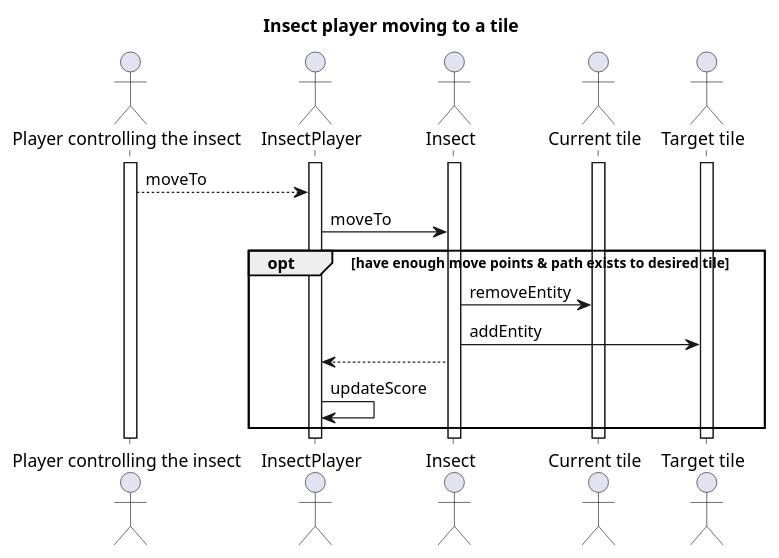
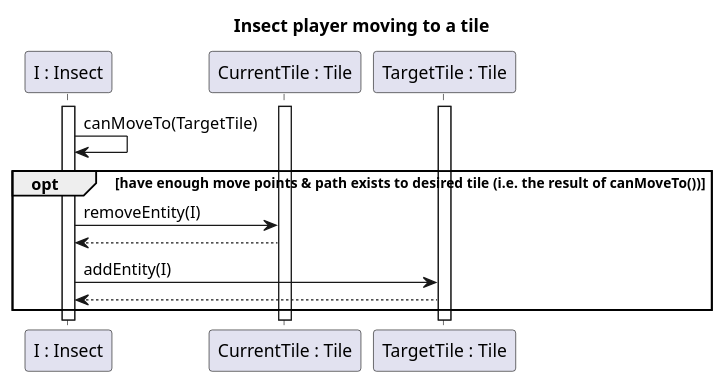
The diagram in diagrams/diagramFiles/SQ_InsectMoving.puml (Klastiv/Projlab_nullpointerexception), drawn with PlantUML before and after one commit.

Commit message:
fix this diagram

```diff
--- a/diagrams/diagramFiles/SQ_InsectMoving.puml
+++ b/diagrams/diagramFiles/SQ_InsectMoving.puml
@@ -1,30 +1,24 @@
 @startuml Insect moving
 
 title Insect player moving to a tile
 
-actor "Player controlling the insect" as P
-actor "InsectPlayer" as Ip
-actor "Insect" as I
-actor "Current tile" as Tx
-actor "Target tile" as Ty
+participant "I : Insect" as I
+participant "CurrentTile : Tile" as Tx
+participant "TargetTile : Tile" as Ty
 
-activate Ip
-activate P
 activate I
 activate Tx
 activate Ty
 
-P --> Ip : moveTo
-Ip -> I : moveTo
-
 'tell don't ask... 
-opt  have enough move points & path exists to desired tile
-I -> Tx : removeEntity
-I -> Ty : addEntity
-I --> Ip
-Ip -> Ip : updateScore
+I -> I : canMoveTo(TargetTile)
+opt  have enough move points & path exists to desired tile (i.e. the result of canMoveTo())
+I -> Tx : removeEntity(I)
+Tx --> I
+I -> Ty : addEntity(I)
+Ty --> I
 end
 
 
 
 @enduml
```
